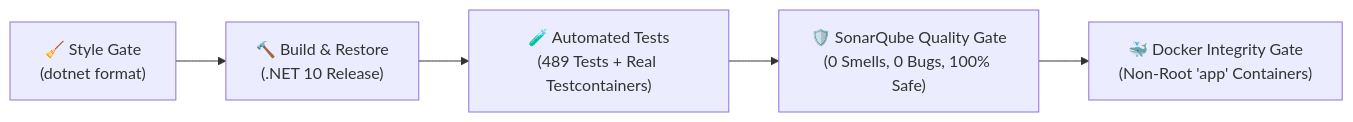
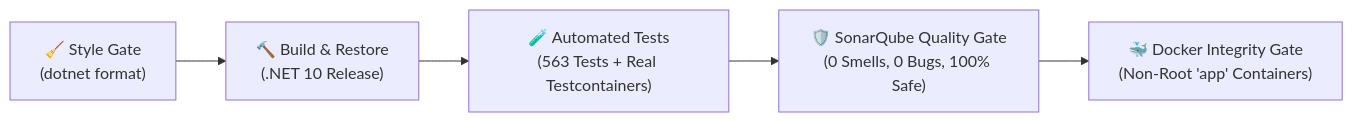
The third of 3 diagrams in README.md (enesonmez/shuffleseries_microservices), drawn with Mermaid before and after one commit. The commit also changed other lines of this file and 350 other files, not shown here.

````diff
--- a/README.md
+++ b/README.md
@@ -423,7 +455,7 @@
 ```mermaid
 flowchart LR
     A["🧹 Style Gate\n(dotnet format)"] --> B["🔨 Build & Restore\n(.NET 10 Release)"]
-    B --> C["🧪 Automated Tests\n(489 Tests + Real Testcontainers)"]
+    B --> C["🧪 Automated Tests\n(563 Tests + Real Testcontainers)"]
     D --> E["🐳 Docker Integrity Gate\n(Non-Root 'app' Containers)"]
     C --> D["🛡️ SonarQube Quality Gate\n(0 Smells, 0 Bugs, 100% Safe)"]
 ```
````
